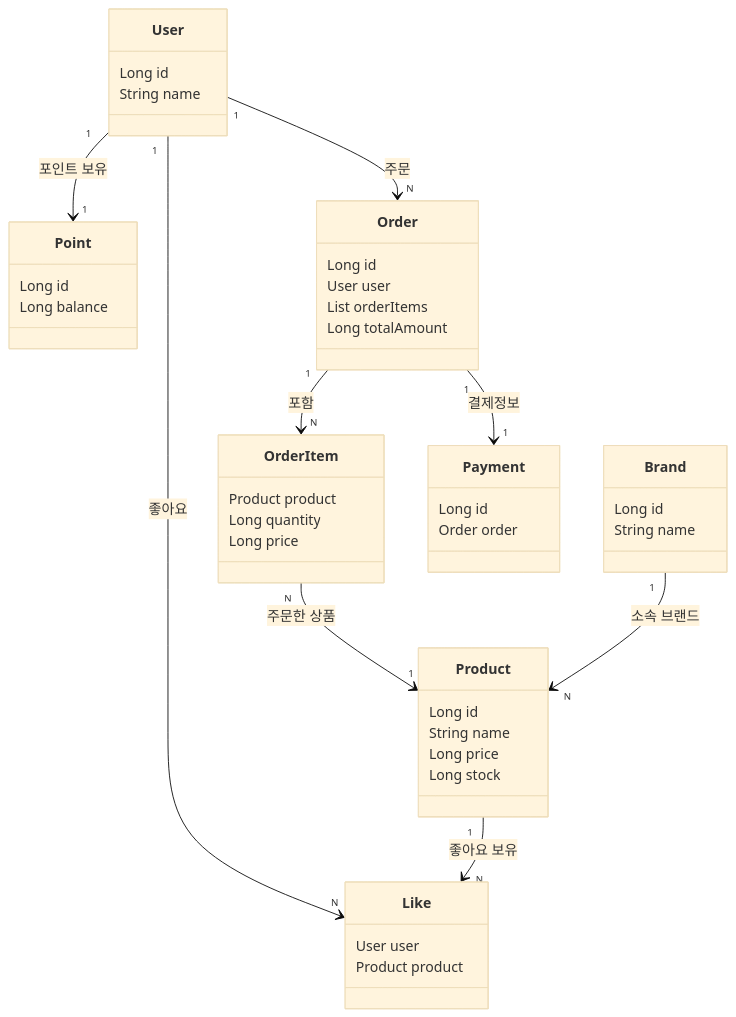
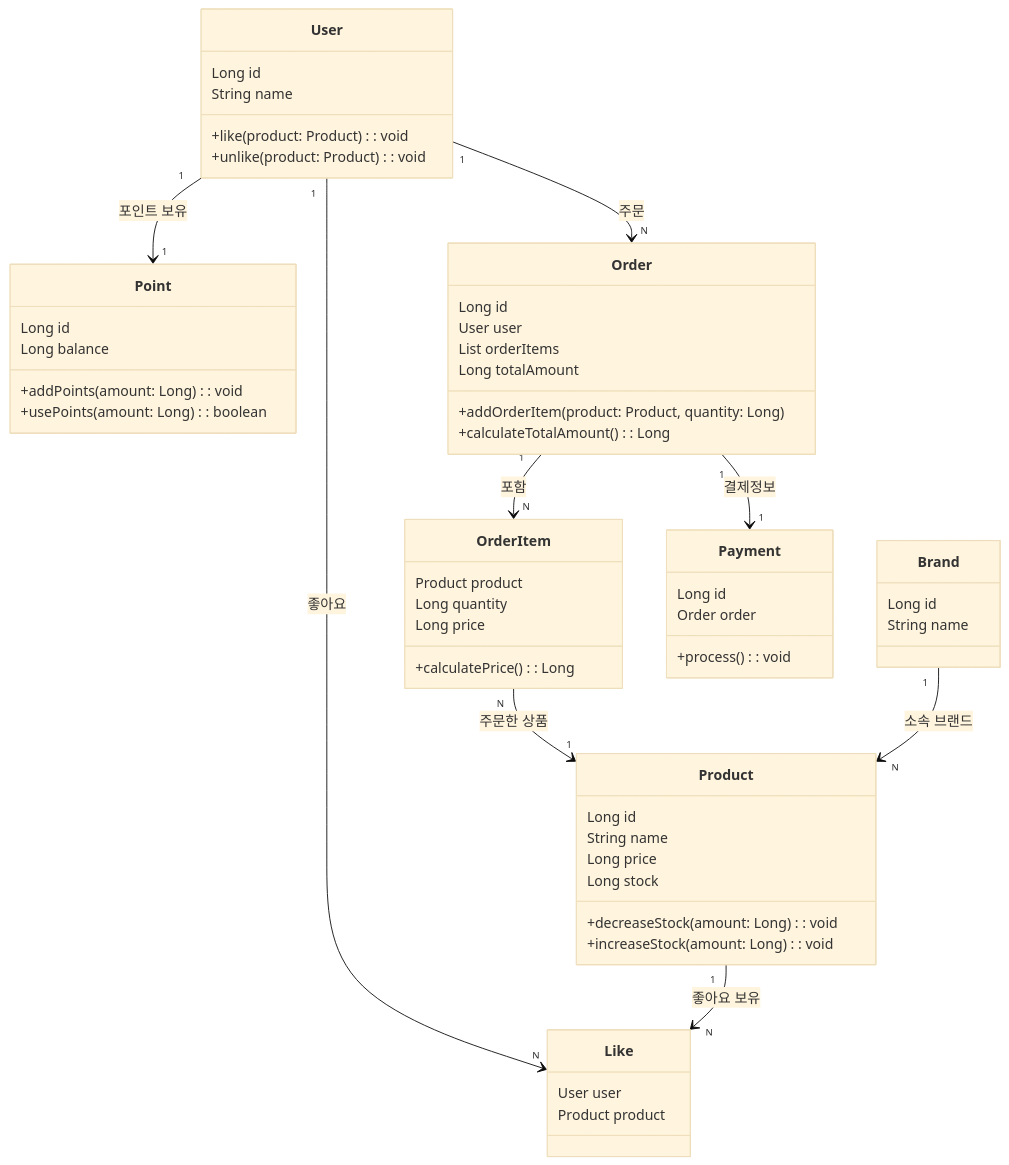
One commit to jinnie-j/loopers-ecommerce changed the diagram in docs/design/03-class-diagrams.md. Above: the diagram before and after it, drawn with Mermaid (base theme).

Commit message:
docs: 클래스 다이어그램 수정

````diff
--- a/docs/design/03-class-diagrams.md
+++ b/docs/design/03-class-diagrams.md
@@ -3,55 +3,65 @@
 ```mermaid
 classDiagram
     class User {
         Long id
         String name
+        +like(product: Product): void
+        +unlike(product: Product): void
     }
     class Point {
         Long id
         Long balance
+        +addPoints(amount: Long): void
+        +usePoints(amount: Long): boolean
     }
     class Product {
         Long id
         String name
         Long price
         Long stock
+        +decreaseStock(amount: Long): void
+        +increaseStock(amount: Long): void
     }
 
     class Brand {
         Long id
         String name
     }
 
     class Like {
         User user
         Product product
     }
 
     class Order {
         Long id
         User user
         List orderItems
         Long totalAmount
+        +addOrderItem(product: Product, quantity: Long)
+        +calculateTotalAmount(): Long
     }
 
     class OrderItem{
         Product product
         Long quantity
         Long price
+        +calculatePrice(): Long
     }
     
     class Payment{
         Long id
         Order order
+        +process(): void
     }
 
     %% Associations
     User "1" --> "1" Point : 포인트 보유
     User "1" --> "N" Like : 좋아요
     Product "1" --> "N" Like : 좋아요 보유
     User "1" --> "N" Order : 주문
     Order "1" --> "N" OrderItem : 포함
     OrderItem "N" --> "1" Product : 주문한 상품
     Brand "1" --> "N" Product : 소속 브랜드
     Order "1" --> "1" Payment : 결제정보
 ```
````
